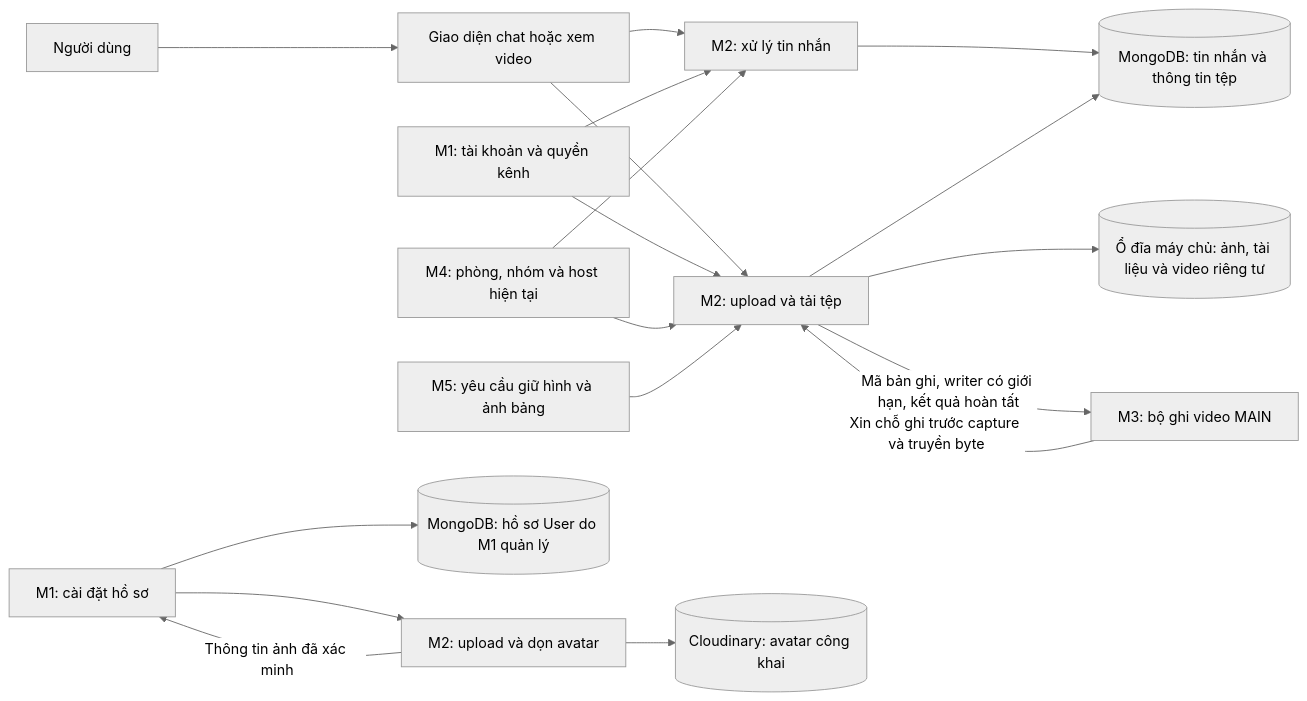
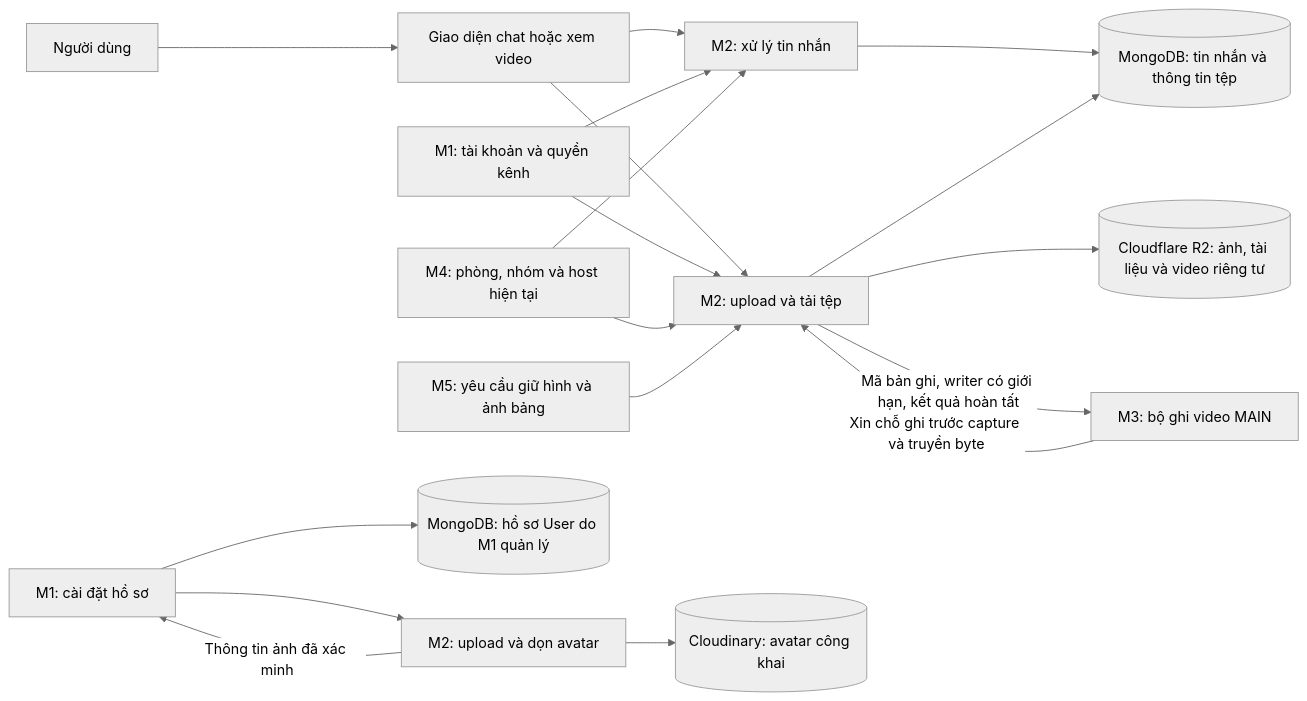
The first of 3 diagrams in docs/proposals/m2-messaging-files.md (Lightning1507/CoLearnia), drawn with Mermaid (neutral theme) before and after one commit. The commit also changed other lines of this file and 8 other files, not shown here.

````diff
--- a/docs/proposals/m2-messaging-files.md
+++ b/docs/proposals/m2-messaging-files.md
@@ -67,20 +67,20 @@
 ```mermaid
 flowchart LR
   User[Người dùng] --> UI[Giao diện chat hoặc xem video]
   UI --> Chat[M2: xử lý tin nhắn]
   UI --> File[M2: upload và tải tệp]
   M1[M1: tài khoản và quyền kênh] --> Chat
   M1 --> File
   M4[M4: phòng, nhóm và host hiện tại] --> Chat
   M4 --> File
   Chat --> DB[(MongoDB: tin nhắn và thông tin tệp)]
   File --> DB
-  File --> Store[(Ổ đĩa máy chủ: ảnh, tài liệu và video riêng tư)]
+  File --> R2[(Cloudflare R2: ảnh, tài liệu và video riêng tư)]
   Profile[M1: cài đặt hồ sơ] --> Avatar[M2: upload và dọn avatar]
   Avatar --> Cloud[(Cloudinary: avatar công khai)]
   Avatar -->|Thông tin ảnh đã xác minh| Profile
   Profile --> UserDB[(MongoDB: hồ sơ User do M1 quản lý)]
   M3[M3: bộ ghi video MAIN] -->|Xin chỗ ghi trước capture và truyền byte| File
   File -->|Mã bản ghi, writer có giới hạn, kết quả hoàn tất| M3
   M5[M5: yêu cầu giữ hình và ảnh bảng] --> File
 ```
````
